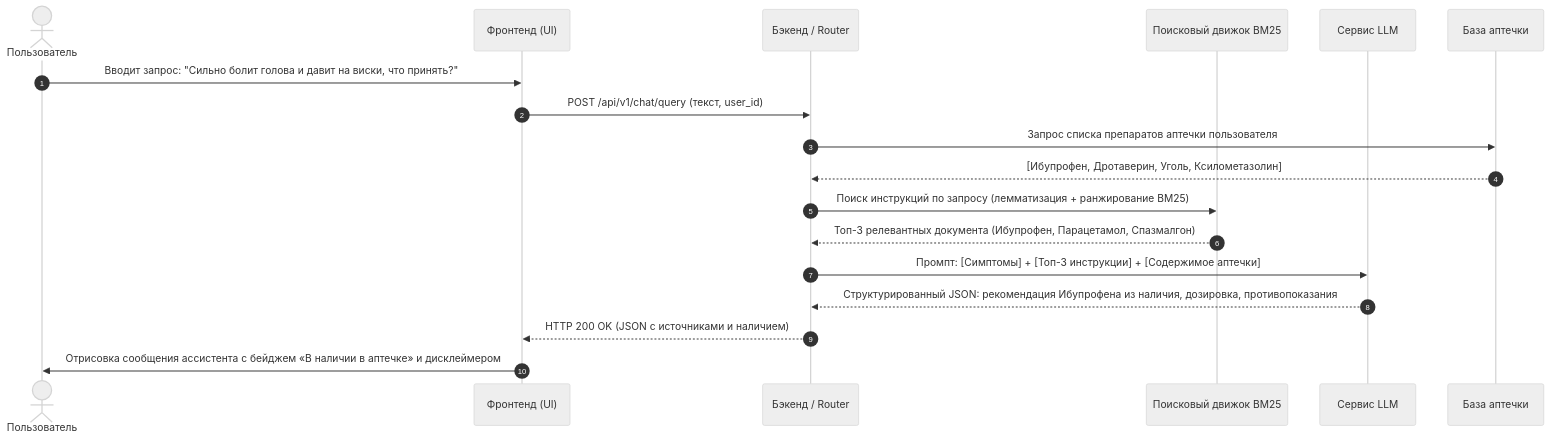
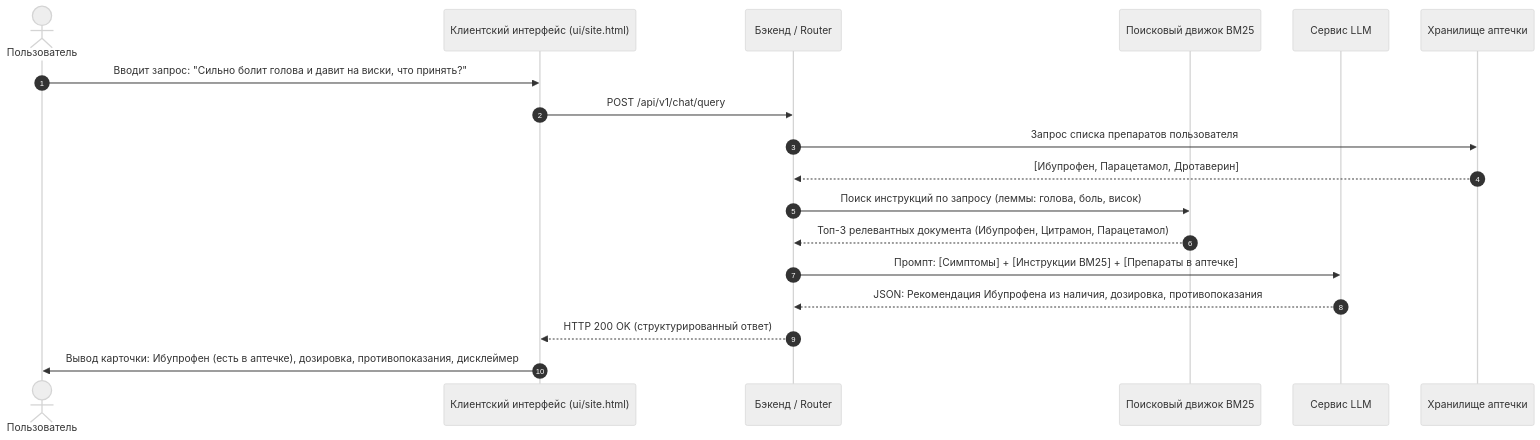
Before and after one commit to JavyBinary/smart-first-aid-kit: the diagram in project/spec/product/scenarios.md, drawn with Mermaid (neutral theme). The commit also changed other lines of this file and 17 other files, not shown here.

````diff
--- a/project/spec/product/scenarios.md
+++ b/project/spec/product/scenarios.md
@@ -20,21 +15,21 @@
 ```mermaid
 sequenceDiagram
     autonumber
     actor U as Пользователь
-    participant FE as Фронтенд (UI)
-    participant BE as Бэкенд / Router
+    participant UI as Клиентский интерфейс (ui/site.html)
+    participant API as Бэкенд / Router
     participant BM as Поисковый движок BM25
     participant LLM as Сервис LLM
-    participant DB as База аптечки
+    participant DB as Хранилище аптечки
 
-    U->>FE: Вводит запрос: "Сильно болит голова и давит на виски, что принять?"
-    FE->>BE: POST /api/v1/chat/query (текст, user_id)
-    BE->>DB: Запрос списка препаратов аптечки пользователя
-    DB-->>BE: [Ибупрофен, Дротаверин, Уголь, Ксилометазолин]
-    BE->>BM: Поиск инструкций по запросу (лемматизация + ранжирование BM25)
-    BM-->>BE: Топ-3 релевантных документа (Ибупрофен, Парацетамол, Спазмалгон)
-    BE->>LLM: Промпт: [Симптомы] + [Топ-3 инструкции] + [Содержимое аптечки]
-    LLM-->>BE: Структурированный JSON: рекомендация Ибупрофена из наличия, дозировка, противопоказания
-    BE-->>FE: HTTP 200 OK (JSON с источниками и наличием)
-    FE->>U: Отрисовка сообщения ассистента с бейджем «В наличии в аптечке» и дисклеймером
+    U->>UI: Вводит запрос: "Сильно болит голова и давит на виски, что принять?"
+    UI->>API: POST /api/v1/chat/query
+    API->>DB: Запрос списка препаратов пользователя
+    DB-->>API: [Ибупрофен, Парацетамол, Дротаверин]
+    API->>BM: Поиск инструкций по запросу (леммы: голова, боль, висок)
+    BM-->>API: Топ-3 релевантных документа (Ибупрофен, Цитрамон, Парацетамол)
+    API->>LLM: Промпт: [Симптомы] + [Инструкции BM25] + [Препараты в аптечке]
+    LLM-->>API: JSON: Рекомендация Ибупрофена из наличия, дозировка, противопоказания
+    API-->>UI: HTTP 200 OK (структурированный ответ)
+    UI->>U: Вывод карточки: Ибупрофен (есть в аптечке), дозировка, противопоказания, дисклеймер
 ```
````
